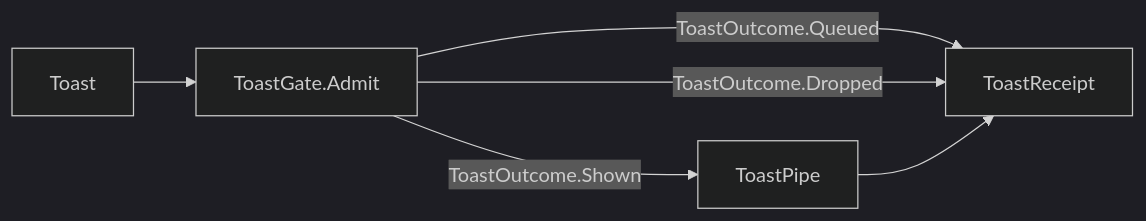
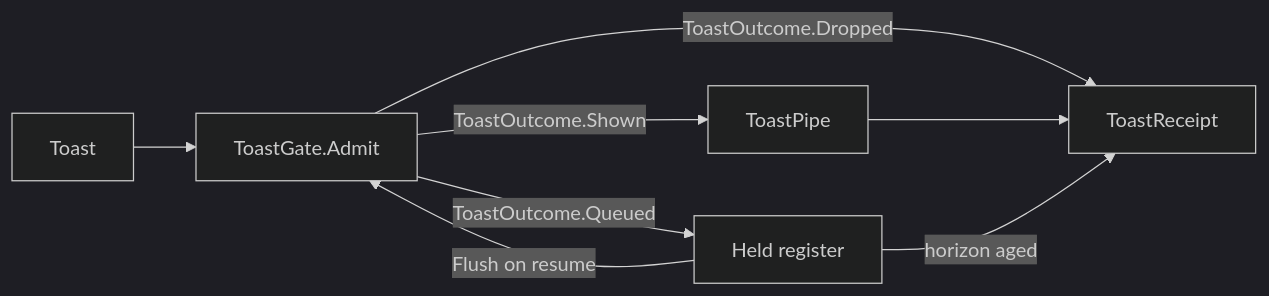
The diagram in libs/csharp/Rasm.AppUi/.planning/Shell/dialogs.md (bsamiee/Rasm), drawn with Mermaid (dark theme) before and after one commit. The commit also changed other lines of this file and 46 other files, not shown here.

Commit message:
snapshot: rebuild wf mid-run planning output + mermaid render lane stale-env hardening

````diff
--- a/libs/csharp/Rasm.AppUi/.planning/Shell/dialogs.md
+++ b/libs/csharp/Rasm.AppUi/.planning/Shell/dialogs.md
@@ -189,8 +276,10 @@
 ```mermaid
 flowchart LR
     Toast["Toast"] --> Admit["ToastGate.Admit"]
     Admit -->|"ToastOutcome.Shown"| Pipe["ToastPipe"]
-    Admit -->|"ToastOutcome.Queued"| Receipt["ToastReceipt"]
-    Admit -->|"ToastOutcome.Dropped"| Receipt
+    Admit -->|"ToastOutcome.Queued"| Held["Held register"]
+    Admit -->|"ToastOutcome.Dropped"| Receipt["ToastReceipt"]
+    Held -->|"Flush on resume"| Admit
     Pipe --> Receipt
+    Held -->|"horizon aged"| Receipt
 ```
````
